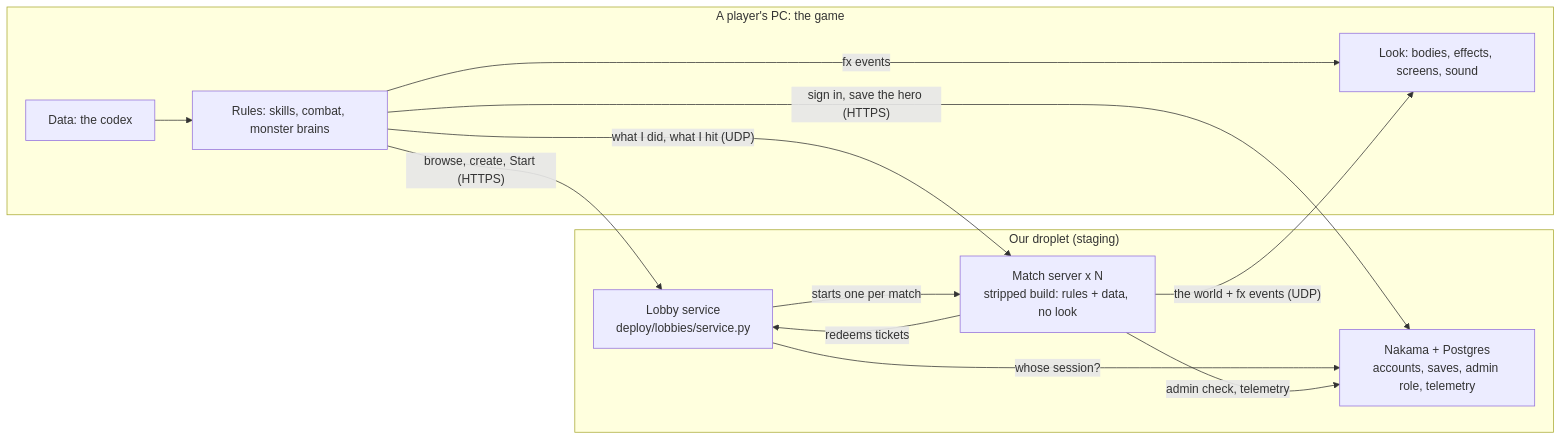
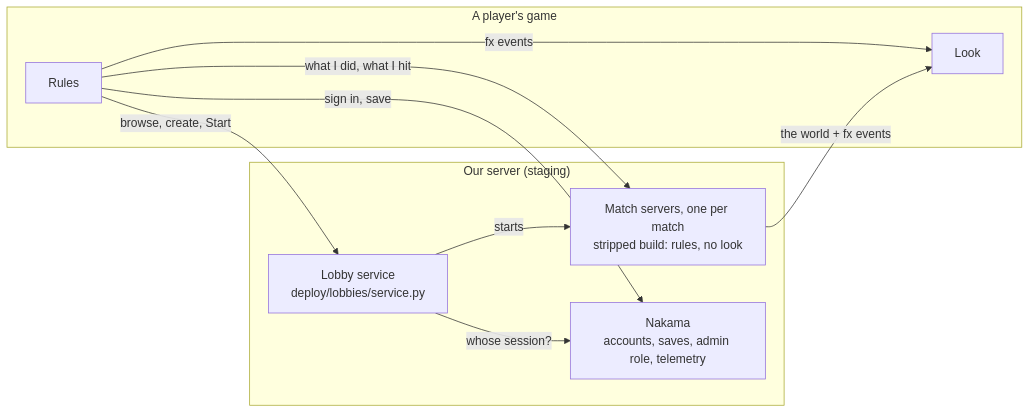
One commit to jjcw1337-rgb/ashen-crown changed the first of 2 diagrams in docs/systems/multiplayer.md. Above: the diagram before and after it, drawn with Mermaid. The commit also changed other lines of this file and 31 other files, not shown here.

````diff
--- a/docs/systems/multiplayer.md
+++ b/docs/systems/multiplayer.md
@@ -8,20 +5,17 @@
 ```mermaid
 flowchart LR
-  subgraph PC["A player's PC: the game"]
-    data["Data: the codex"] --> rules["Rules: skills, combat, monster brains"]
-    rules -- "fx events" --> look["Look: bodies, effects, screens, sound"]
+  subgraph PC["A player's game"]
+    rules["Rules"] -- "fx events" --> look["Look"]
   end
-  subgraph Droplet["Our droplet (staging)"]
+  subgraph Droplet["Our server (staging)"]
     lobby["Lobby service<br/>deploy/lobbies/service.py"]
-    match["Match server x N<br/>stripped build: rules + data, no look"]
-    nakama["Nakama + Postgres<br/>accounts, saves, admin role, telemetry"]
-    lobby -- "starts one per match" --> match
-    match -- "redeems tickets" --> lobby
+    match["Match servers, one per match<br/>stripped build: rules, no look"]
+    nakama["Nakama<br/>accounts, saves, admin role, telemetry"]
+    lobby -- "starts" --> match
     lobby -- "whose session?" --> nakama
-    match -- "admin check, telemetry" --> nakama
   end
-  rules -- "browse, create, Start (HTTPS)" --> lobby
-  rules -- "what I did, what I hit (UDP)" --> match
-  match -- "the world + fx events (UDP)" --> look
-  rules -- "sign in, save the hero (HTTPS)" --> nakama
+  rules -- "browse, create, Start" --> lobby
+  rules -- "what I did, what I hit" --> match
+  match -- "the world + fx events" --> look
+  rules -- "sign in, save" --> nakama
 ```
````
